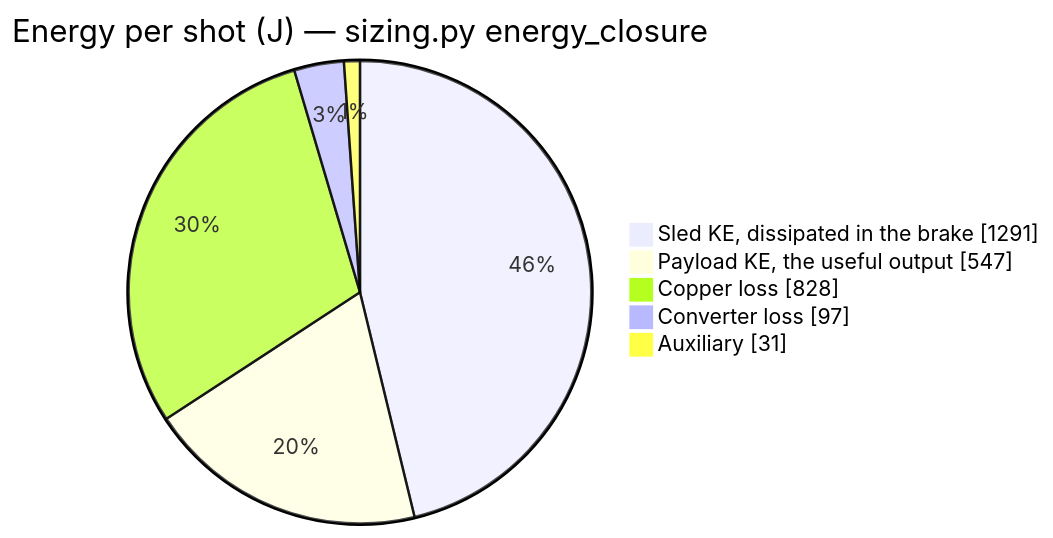
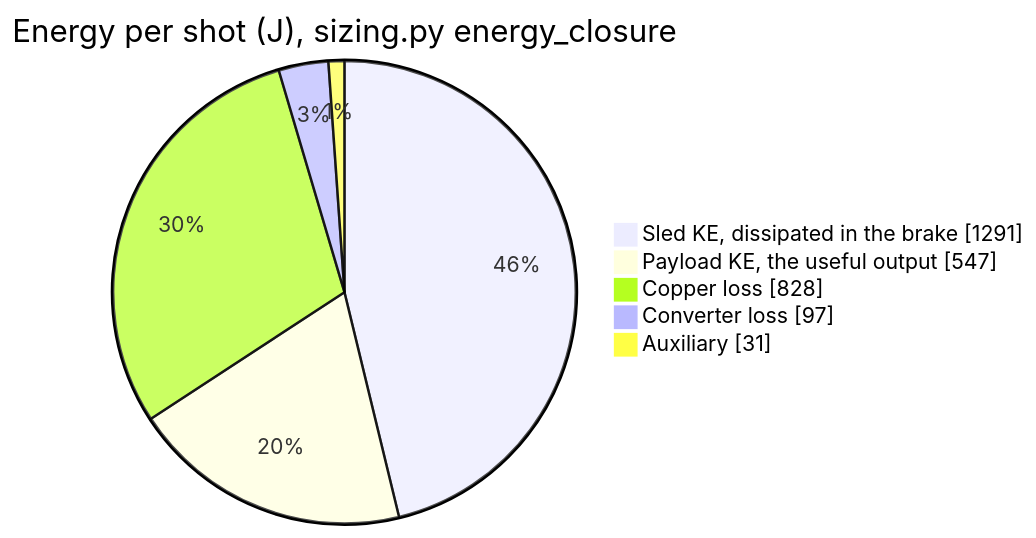
The first of 11 diagrams in RESULTS.md (aaaaaaaaaaaavm/EMOCD), drawn with Mermaid before and after one commit. The commit also changed other lines of this file and 72 other files, not shown here.

````diff
--- a/RESULTS.md
+++ b/RESULTS.md
@@ -18,9 +18,9 @@
 ```mermaid
 pie showData
-    title Energy per shot (J) — sizing.py energy_closure
+    title Energy per shot (J), sizing.py energy_closure
     "Sled KE, dissipated in the brake" : 1291
     "Payload KE, the useful output" : 547
     "Copper loss" : 828
     "Converter loss" : 97
     "Auxiliary" : 31
 ```
````
